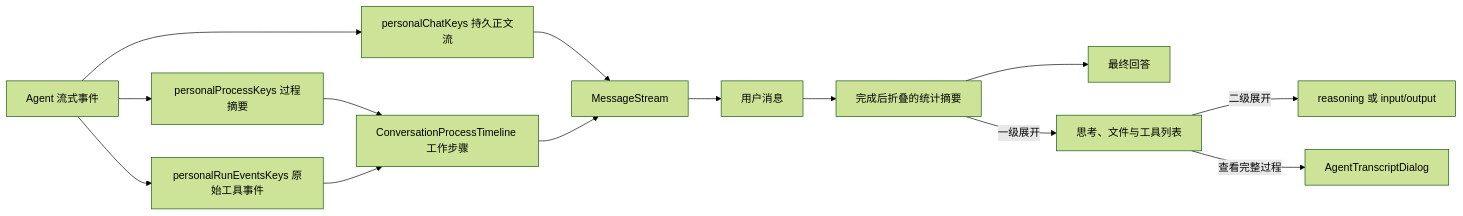
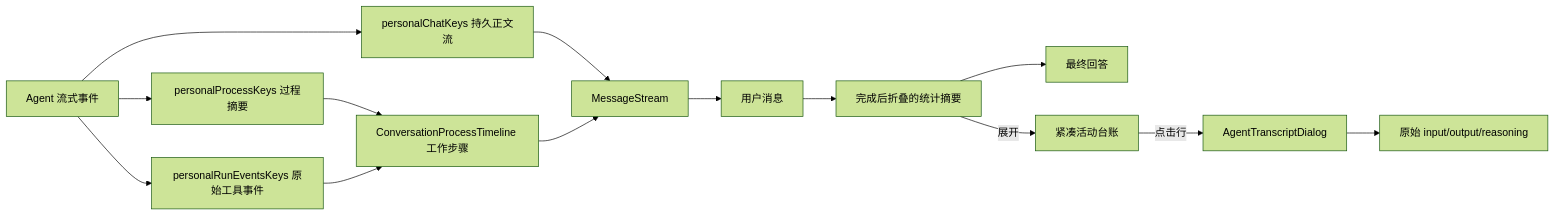
Before and after one commit to rambocode/cortex-work: the diagram in docs/conversation-process-timeline.md, drawn with Mermaid (forest theme). The commit also changed other lines of this file and 38 other files, not shown here.

````diff
--- a/docs/conversation-process-timeline.md
+++ b/docs/conversation-process-timeline.md
@@ -22,16 +22,16 @@
 ```mermaid
 flowchart LR
   A[Agent 流式事件] --> B[personalProcessKeys 过程摘要]
   A --> K[personalRunEventsKeys 原始工具事件]
   A --> C[personalChatKeys 持久正文流]
   B --> D[ConversationProcessTimeline 工作步骤]
   K --> D
   C --> E[MessageStream]
   D --> E
   E --> F[用户消息]
   F --> G[完成后折叠的统计摘要]
   G --> H[最终回答]
-  G -->|一级展开| I[思考、文件与工具列表]
-  I -->|二级展开| L[reasoning 或 input/output]
-  I -->|查看完整过程| J[AgentTranscriptDialog]
+  G -->|展开| I[紧凑活动台账]
+  I -->|点击行| J[AgentTranscriptDialog]
+  J --> L[原始 input/output/reasoning]
 ```
````
